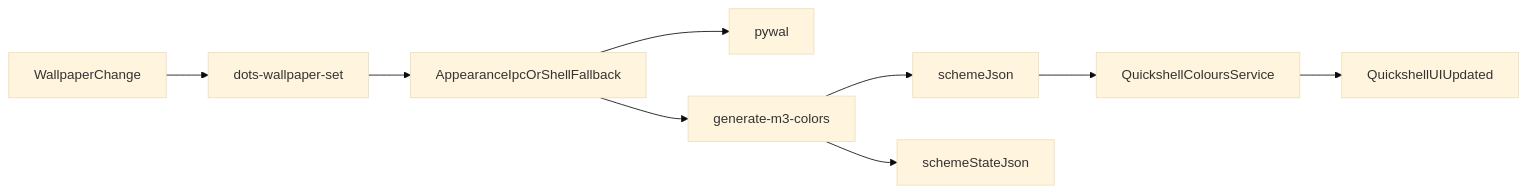
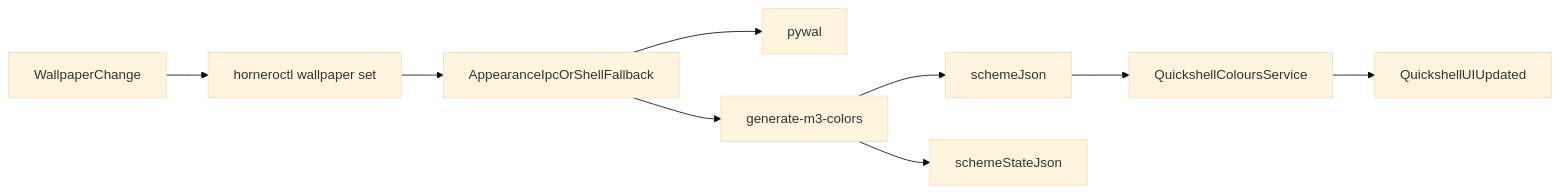
One commit to ulises-jeremias/dotfiles changed the diagram in docs/wiki/Smart-Colors-System.md. Above: the diagram before and after it, drawn with Mermaid (base theme). The commit also changed other lines of this file and 20 other files, not shown here.

First line of the commit message:
chore(dots): remove dots-wallpaper-* wrappers, remap 11 callers to horneroctl wallpaper (#296)

````diff
--- a/docs/wiki/Smart-Colors-System.md
+++ b/docs/wiki/Smart-Colors-System.md
@@ -59,11 +59,11 @@
 ```mermaid
 flowchart LR
-  wallpaper[WallpaperChange] --> set[dots-wallpaper-set]
+  wallpaper[WallpaperChange] --> set[horneroctl wallpaper set]
   set --> appearance[AppearanceIpcOrShellFallback]
   appearance --> wal[pywal]
   appearance --> m3[generate-m3-colors]
   m3 --> scheme[schemeJson]
   m3 --> state[schemeStateJson]
   scheme --> colours[QuickshellColoursService]
   colours --> ui[QuickshellUIUpdated]
 ```
````
